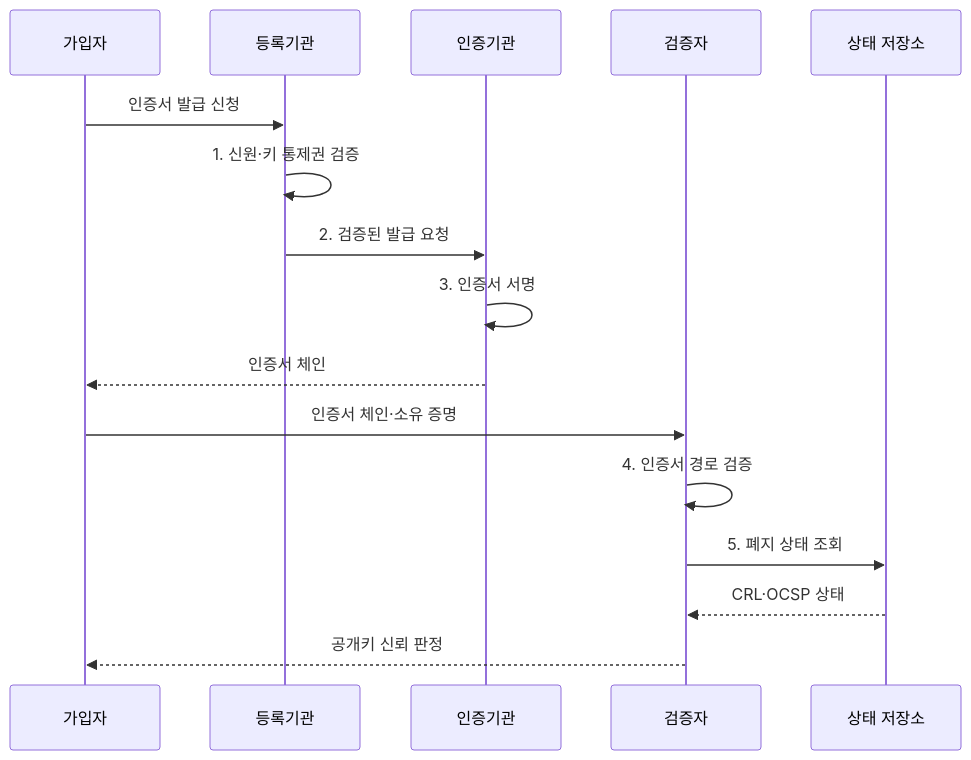
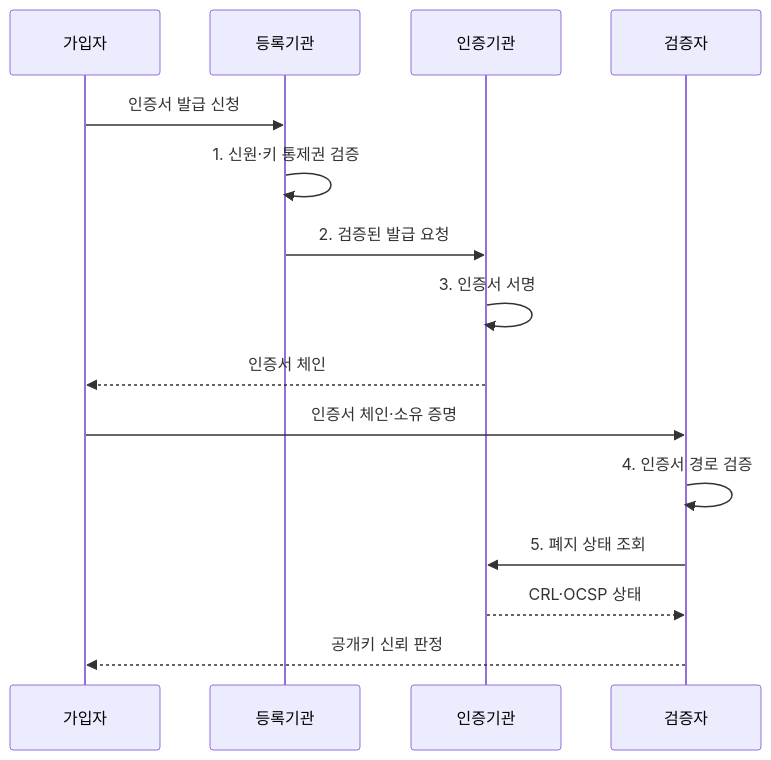
One commit to agnusdei1207/knowledge-base changed the second of 2 diagrams in src/content/docs/notes/05-security/007_public_key_infrastructure.md. Above: the diagram before and after it, drawn with Mermaid. The commit also changed 6 other files, not shown here.

Commit message:
Simplify security sequence participants

````diff
--- a/src/content/docs/notes/05-security/007_public_key_infrastructure.md
+++ b/src/content/docs/notes/05-security/007_public_key_infrastructure.md
@@ -104,18 +104,17 @@
 ```mermaid
 sequenceDiagram
     participant S as 가입자
     participant R as 등록기관
     participant C as 인증기관
     participant V as 검증자
-    participant P as 상태 저장소
     S->>R: 인증서 발급 신청
     R->>R: 1. 신원·키 통제권 검증
     R->>C: 2. 검증된 발급 요청
     C->>C: 3. 인증서 서명
     C-->>S: 인증서 체인
     S->>V: 인증서 체인·소유 증명
     V->>V: 4. 인증서 경로 검증
-    V->>P: 5. 폐지 상태 조회
-    P-->>V: CRL·OCSP 상태
+    V->>C: 5. 폐지 상태 조회
+    C-->>V: CRL·OCSP 상태
     V-->>S: 공개키 신뢰 판정
 ```
````
